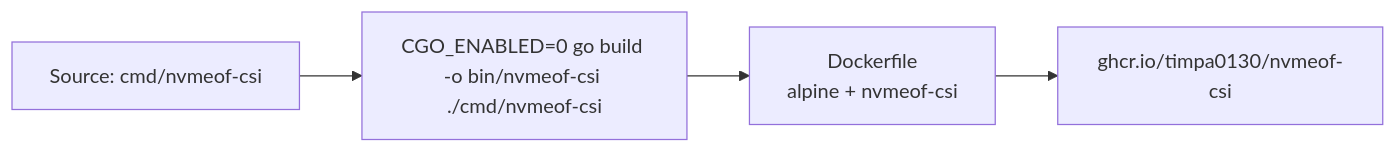
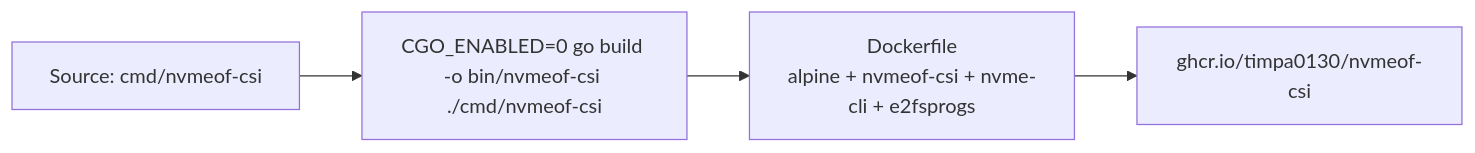
Before and after one commit to timpa0130/nvmeof-csi: the diagram in design/csi-container-design.md, drawn with Mermaid. The commit also changed other lines of this file and 9 other files, not shown here.

````diff
--- a/design/csi-container-design.md
+++ b/design/csi-container-design.md
@@ -18,6 +20,6 @@
 ```mermaid
 flowchart LR
     SRC["Source: cmd/nvmeof-csi"] --> BIN["CGO_ENABLED=0 go build -o bin/nvmeof-csi ./cmd/nvmeof-csi"]
-    BIN --> IMG["Dockerfile<br/>alpine + nvmeof-csi"]
+    BIN --> IMG["Dockerfile<br/>alpine + nvmeof-csi + nvme-cli + e2fsprogs"]
     IMG --> REG["ghcr.io/timpa0130/nvmeof-csi"]
 ```
````
